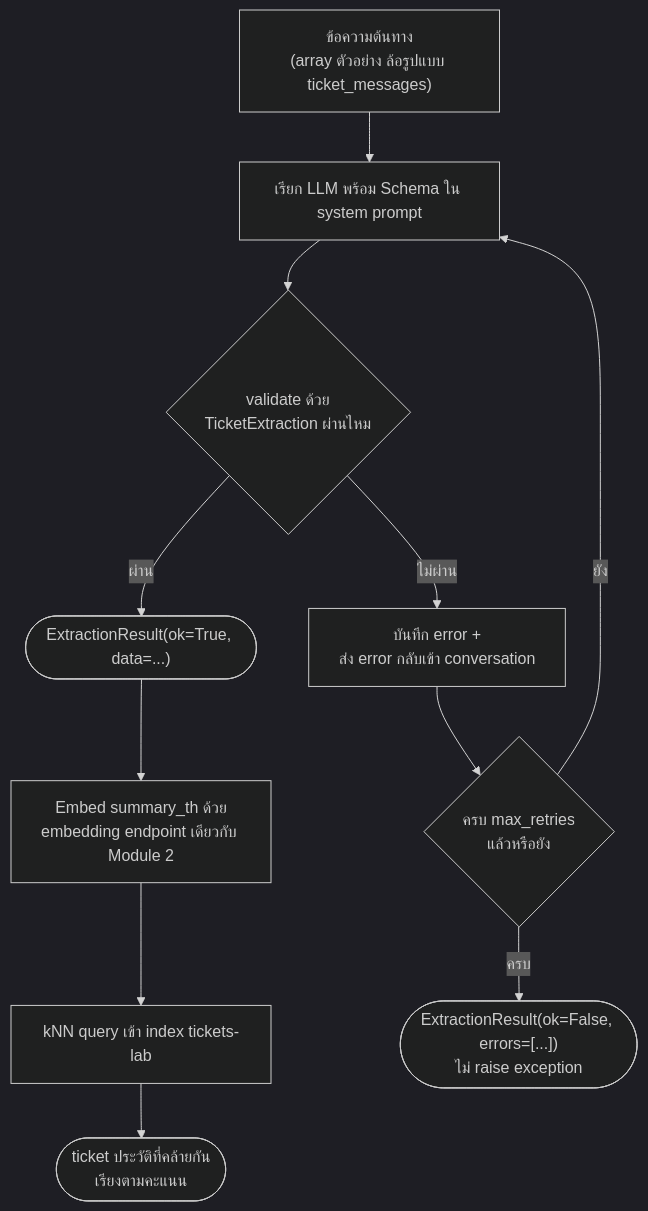
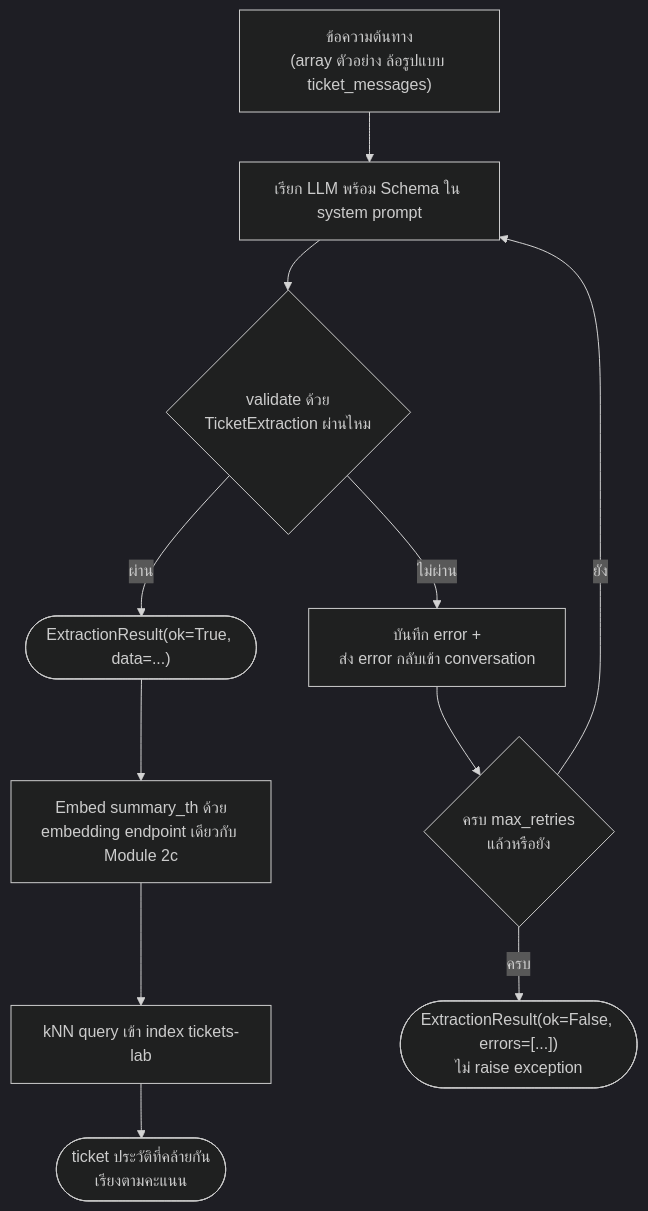
Before and after one commit to LLM-CE-KMITL/mcp-workshop: the diagram in INSTRUCTIONS/day1/07-workshop1-ticket-extractor.md, drawn with Mermaid (dark theme). The commit also changed other lines of this file and 10 other files, not shown here.

````diff
--- a/INSTRUCTIONS/day1/07-workshop1-ticket-extractor.md
+++ b/INSTRUCTIONS/day1/07-workshop1-ticket-extractor.md
@@ -86,13 +86,13 @@
 ```mermaid
 flowchart TD
     A["ข้อความต้นทาง<br/>(array ตัวอย่าง ล้อรูปแบบ ticket_messages)"] --> B["เรียก LLM พร้อม Schema ใน system prompt"]
     B --> C{"validate ด้วย<br/>TicketExtraction ผ่านไหม"}
     C -->|ผ่าน| D(["ExtractionResult(ok=True, data=...)"])
     C -->|ไม่ผ่าน| E["บันทึก error +<br/>ส่ง error กลับเข้า conversation"]
     E --> F{"ครบ max_retries<br/>แล้วหรือยัง"}
     F -->|ยัง| B
     F -->|ครบ| G(["ExtractionResult(ok=False, errors=[...])<br/>ไม่ raise exception"])
-    D --> H["Embed summary_th ด้วย<br/>embedding endpoint เดียวกับ Module 2"]
+    D --> H["Embed summary_th ด้วย<br/>embedding endpoint เดียวกับ Module 2c"]
     H --> I["kNN query เข้า index tickets-lab"]
     I --> J(["ticket ประวัติที่คล้ายกัน<br/>เรียงตามคะแนน"]) 
 ```
````
